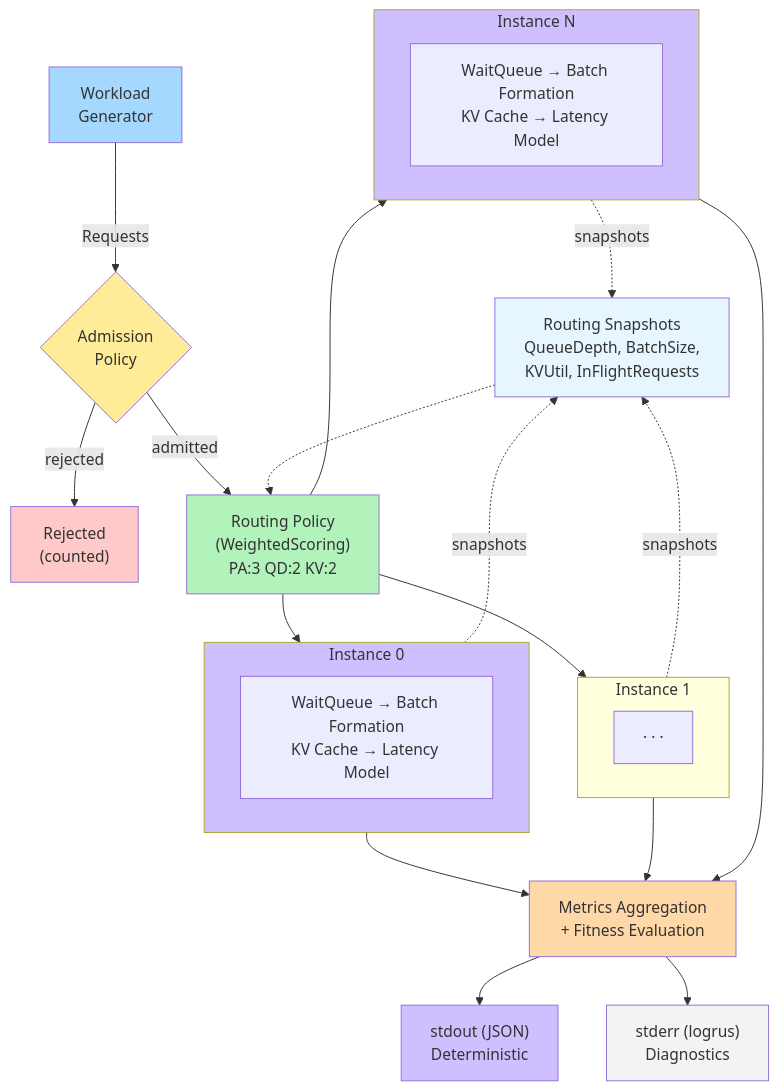
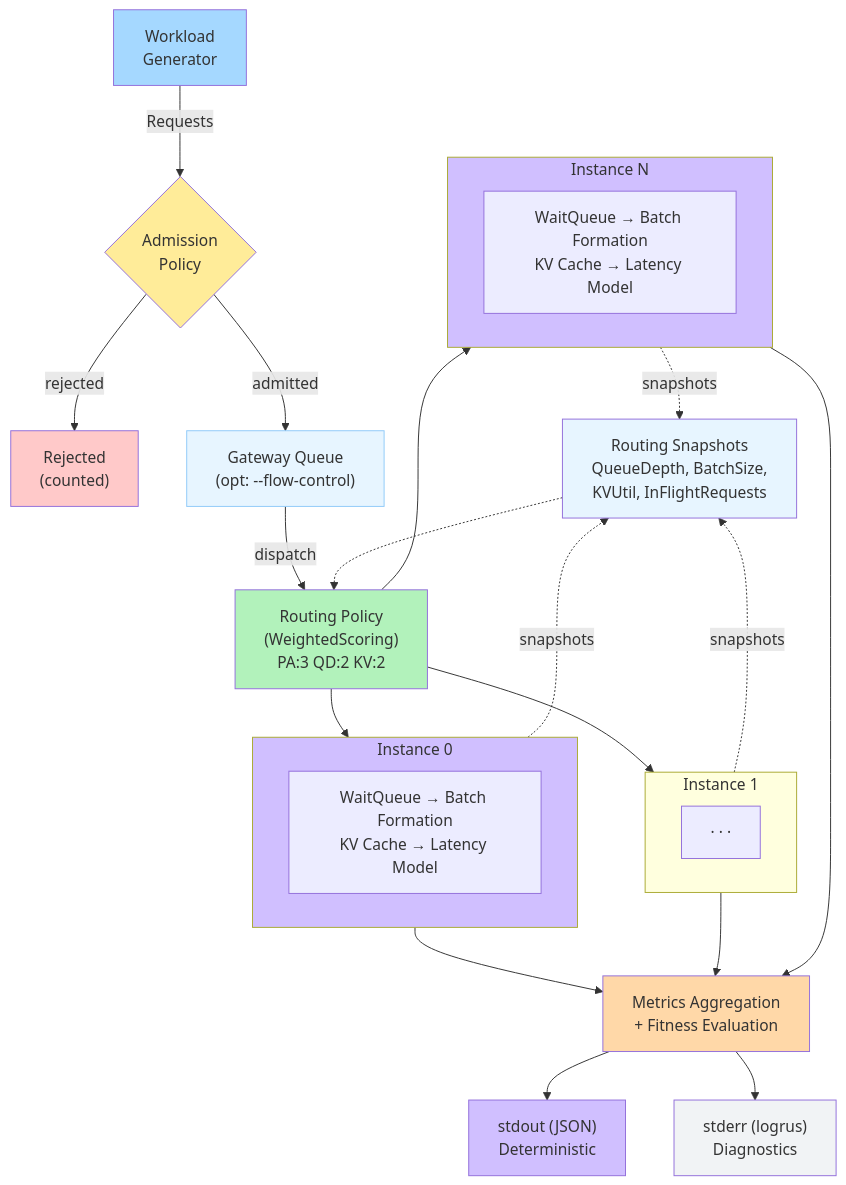
One commit to inference-sim/inference-sim changed the first of 3 diagrams in docs/concepts/architecture.md. Above: the diagram before and after it, drawn with Mermaid. The commit also changed 4 other files, not shown here.

````diff
--- a/docs/concepts/architecture.md
+++ b/docs/concepts/architecture.md
@@ -11,46 +11,49 @@
 ```mermaid
 flowchart TD
     WG["Workload<br/>Generator"] -->|Requests| Adm{"Admission<br/>Policy"}
     Adm -->|rejected| Rej["Rejected<br/>(counted)"]
-    Adm -->|admitted| Rtr["Routing Policy<br/>(WeightedScoring)<br/>PA:3 QD:2 KV:2"]
+    Adm -->|admitted| GQ["Gateway Queue<br/>(opt: --flow-control)"]
+    GQ -->|dispatch| Rtr["Routing Policy<br/>(WeightedScoring)<br/>PA:3 QD:2 KV:2"]
+
+    style GQ fill:#e7f5ff,stroke:#90caf9
 
     Snap["Routing Snapshots<br/>QueueDepth, BatchSize,<br/>KVUtil, InFlightRequests"] -.-> Rtr
 
     Rtr --> I0
     Rtr --> I1
     Rtr --> IN
 
     subgraph I0 ["Instance 0"]
         I0WQ["WaitQueue → Batch Formation<br/>KV Cache → Latency Model"]
     end
 
     subgraph I1 ["Instance 1"]
         I1Int[" · · · "]
     end
 
     subgraph IN ["Instance N"]
         INInt["WaitQueue → Batch Formation<br/>KV Cache → Latency Model"]
     end
 
     I0 -.->|snapshots| Snap
     I1 -.->|snapshots| Snap
     IN -.->|snapshots| Snap
 
     I0 --> Met["Metrics Aggregation<br/>+ Fitness Evaluation"]
     I1 --> Met
     IN --> Met
 
     Met --> Out1["stdout (JSON)<br/>Deterministic"]
     Met --> Out2["stderr (logrus)<br/>Diagnostics"]
 
     style WG fill:#a5d8ff
     style Adm fill:#ffec99
     style Rej fill:#ffc9c9
     style Rtr fill:#b2f2bb
     style Snap fill:#e7f5ff
     style I0 fill:#d0bfff
     style IN fill:#d0bfff
     style Met fill:#ffd8a8
     style Out1 fill:#d0bfff
     style Out2 fill:#f1f3f5
 ```
````
